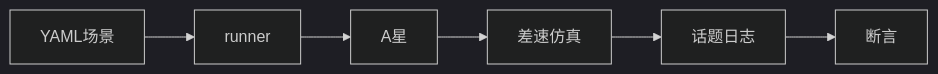
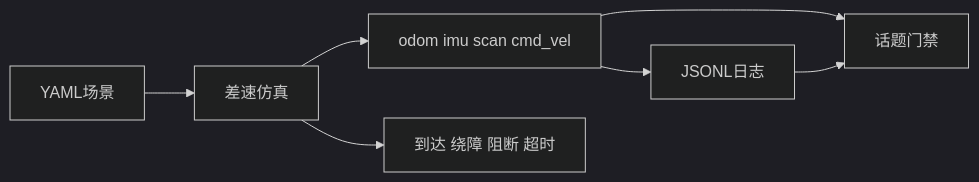
One commit to wljusa/robot-nav-test changed the diagram in README.md. Above: the diagram before and after it, drawn with Mermaid (dark theme). The commit also changed other lines of this file and 16 other files, not shown here.

````diff
--- a/README.md
+++ b/README.md
@@ -16,8 +19,9 @@
 ```mermaid
 flowchart LR
-  yamlCase[YAML场景] --> runner[runner]
-  runner --> planner[A星]
-  planner --> sim[差速仿真]
-  sim --> topics[话题日志]
-  topics --> pytest[断言]
+  yamlCase[YAML场景] --> sim[差速仿真]
+  sim --> topics[odom imu scan cmd_vel]
+  topics --> health[话题门禁]
+  topics --> log[JSONL日志]
+  log --> health
+  sim --> expect[到达 绕障 阻断 超时]
 ```
````
